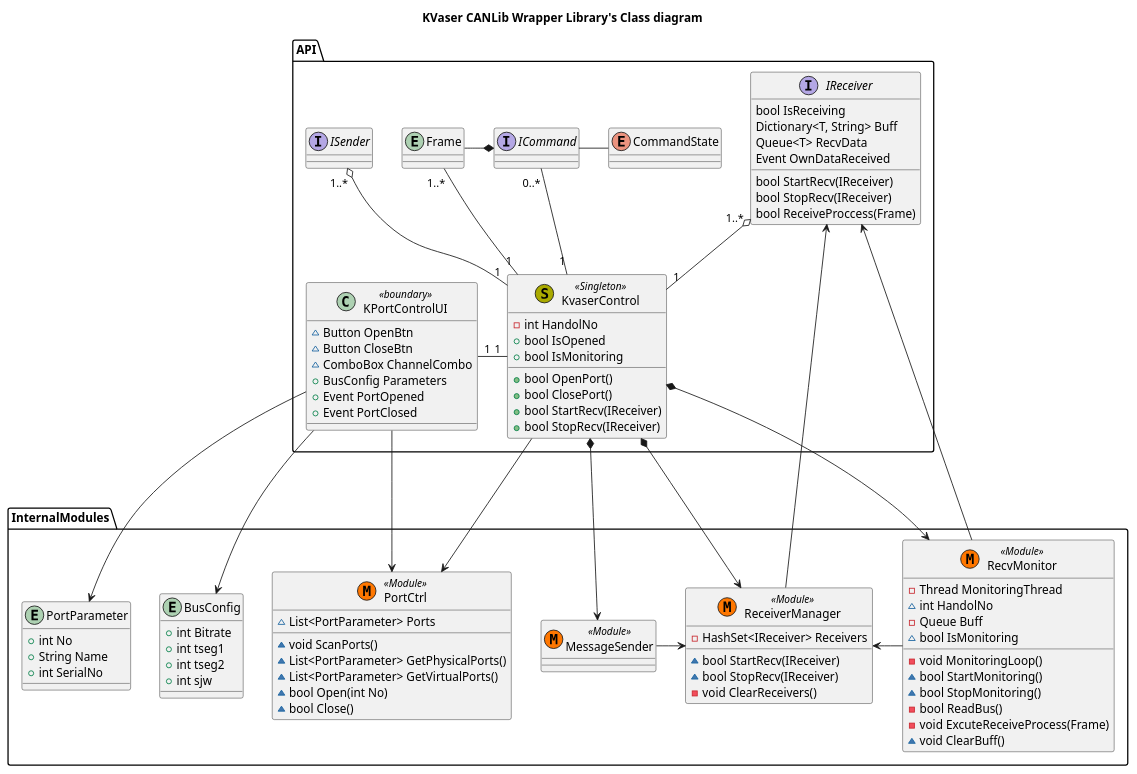
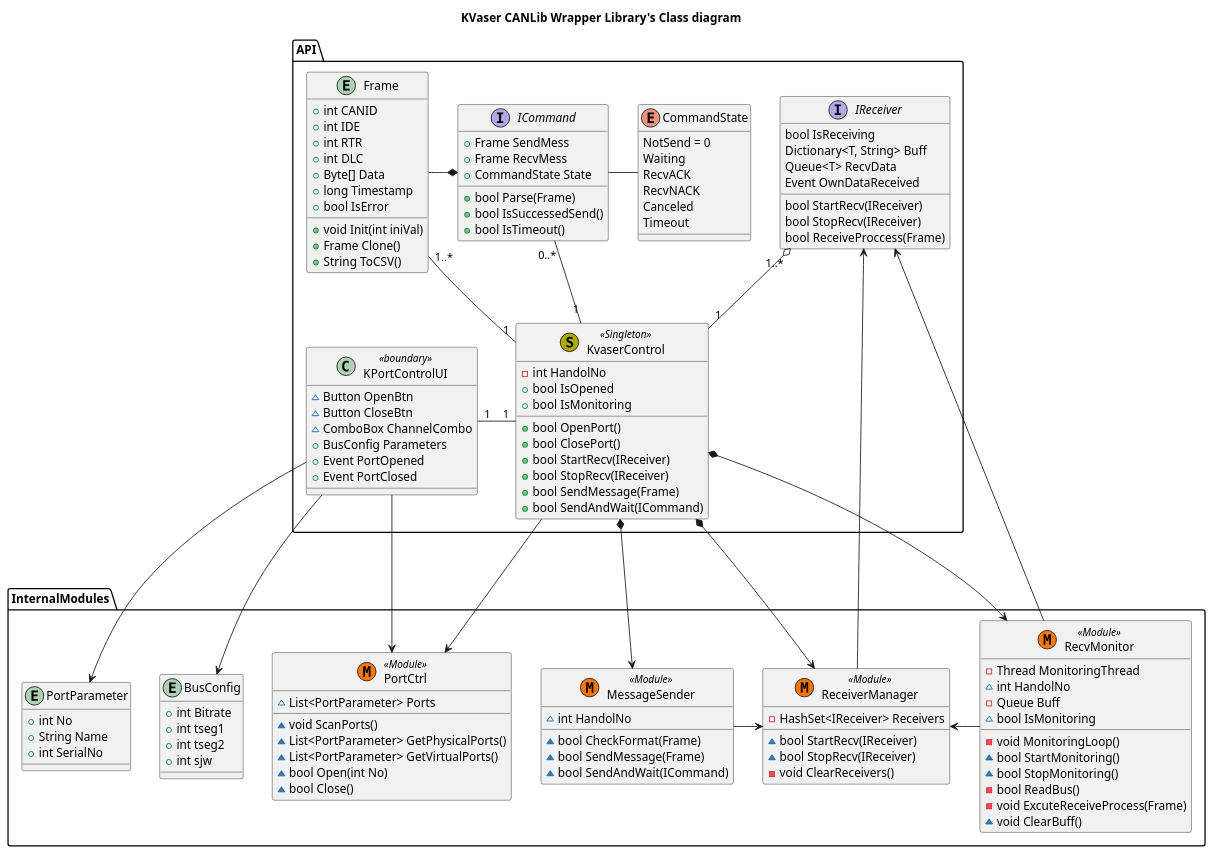
Before and after one commit to hiratashinnya/KvaserCANLib: the diagram in docs/Class.wsd, drawn with PlantUML.

Commit message:
[docs][class][追加]送信処理追加
単発送信や応答を期待する送信の処理やデータフレームのデータ構造を追加

```diff
--- a/docs/Class.wsd
+++ b/docs/Class.wsd
@@ -1,129 +1,148 @@
 @startuml
 
 title "KVaser CANLib Wrapper Library's Class diagram"
 
 package API{
 
     class KPortControlUI<<boundary>>{
         ~Button OpenBtn
         ~Button CloseBtn
         ~ComboBox ChannelCombo
         +BusConfig Parameters
         +Event PortOpened
         +Event PortClosed
     }
 
     class KvaserControl<< (S, #AAAA00) Singleton>>{
         -int HandolNo
         +bool IsOpened
         +bool IsMonitoring
         +bool OpenPort()
         +bool ClosePort()
         +bool StartRecv(IReceiver)
         +bool StopRecv(IReceiver)
+        +bool SendMessage(Frame)
+        +bool SendAndWait(ICommand)
     }
 
     entity Frame{
-
+        +int CANID
+        +int IDE
+        +int RTR
+        +int DLC
+        +Byte[] Data
+        +long Timestamp
+        +bool IsError
+        +void Init(int iniVal)
+        +Frame Clone()
+        +String ToCSV()
     }
 
     Interface IReceiver{
         bool IsReceiving
         Dictionary<T, String> Buff
         Queue<T> RecvData
         Event OwnDataReceived
         bool StartRecv(IReceiver)
         bool StopRecv(IReceiver)
         bool ReceiveProccess(Frame)
     }
 
     Interface ICommand{
-
+        +Frame SendMess
+        +Frame RecvMess
+        +CommandState State
+        +bool Parse(Frame)
+        +bool IsSuccessedSend()
+        +bool IsTimeout()
     }
 
     Enum CommandState{
-
-    }
-
-    Interface ISender{
-
+        NotSend = 0
+        Waiting
+        RecvACK
+        RecvNACK
+        Canceled
+        Timeout
     }
 
     KPortControlUI "1" -l "1" KvaserControl
 
     KvaserControl "1" -l "1..*" Frame
     KvaserControl "1" -u-o "1..*" IReceiver
-    KvaserControl "1" -u-o "1..*" ISender
     KvaserControl "1" -u- "0..*" ICommand
 
     ICommand - CommandState
     ICommand *-l Frame
 }
 
 package InternalModules{
     class PortCtrl<< (M, #FF7700) Module>>{
         ~{field} List<PortParameter> Ports
         ~void ScanPorts()
         ~List<PortParameter> GetPhysicalPorts()
         ~List<PortParameter> GetVirtualPorts()
         ~bool Open(int No)
         ~bool Close()
     }
 
     entity BusConfig{
         +int Bitrate
         +int tseg1
         +int tseg2
         +int sjw
     }
 
     entity PortParameter{
         +int No
         +String Name
         +int SerialNo
     }
 
     class RecvMonitor<< (M, #FF7700) Module>>{
         -Thread MonitoringThread
         ~int HandolNo
         -Queue Buff
         ~bool IsMonitoring
         -void MonitoringLoop()
         ~bool StartMonitoring()
         ~bool StopMonitoring()
         -bool ReadBus()
         -void ExcuteReceiveProcess(Frame)
         ~void ClearBuff()
     }
 
     class ReceiverManager<< (M, #FF7700) Module>>{
         -HashSet<IReceiver> Receivers
         ~bool StartRecv(IReceiver)
         ~bool StopRecv(IReceiver)
         -void ClearReceivers()
     }
 
     class MessageSender<< (M, #FF7700) Module>>{
-
+        ~int HandolNo
+        ~bool CheckFormat(Frame)
+        ~bool SendMessage(Frame)
+        ~bool SendAndWait(ICommand)
     }
 
     RecvMonitor -l> ReceiverManager
     MessageSender -> ReceiverManager
 }
 
 
 KPortControlUI ---> PortCtrl
 KPortControlUI --> PortParameter
 KPortControlUI --> BusConfig
 
 KvaserControl ---> PortCtrl
 KvaserControl *---> RecvMonitor
 KvaserControl *---> ReceiverManager
 KvaserControl *---> MessageSender
 
 IReceiver <-- ReceiverManager
 IReceiver <-- RecvMonitor
 
 
 
 @enduml
```
